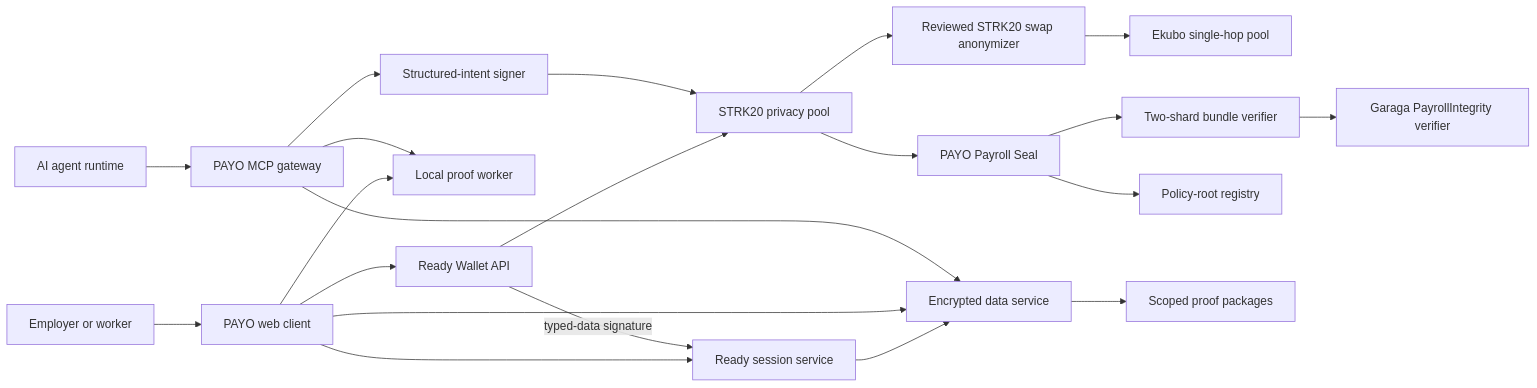
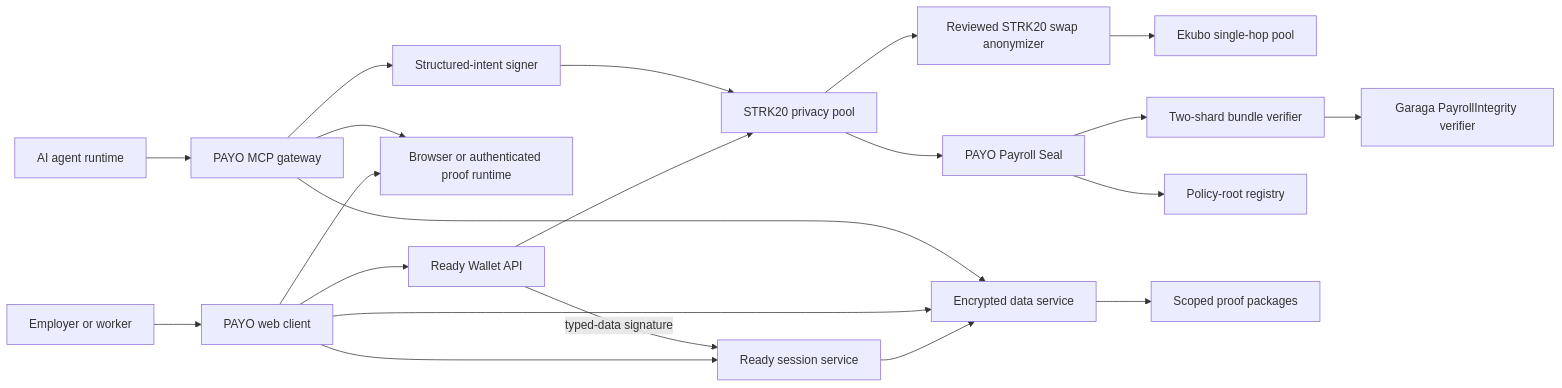
Before and after one commit to Tutulii/private-payroll: the second of 7 diagrams in architecture.md, drawn with Mermaid. The commit also changed other lines of this file and 11 other files, not shown here.

````diff
--- a/architecture.md
+++ b/architecture.md
@@ -16,23 +77,23 @@
 ```mermaid
 flowchart LR
     Human[Employer or worker] --> Web[PAYO web client]
     Agent[AI agent runtime] --> MCP[PAYO MCP gateway]
     Web --> Ready[Ready Wallet API]
     Web --> Auth[Ready session service]
     Ready -->|typed-data signature| Auth
     Auth --> Vault[Encrypted data service]
     Web --> Vault[Encrypted data service]
     MCP --> Vault
-    Web --> Prover[Local proof worker]
+    Web --> Prover[Browser or authenticated proof runtime]
     MCP --> Prover
     MCP --> Signer[Structured-intent signer]
     Ready --> Pool[STRK20 privacy pool]
     Signer --> Pool
     Pool --> Seal[PAYO Payroll Seal]
     Pool --> Exit[Reviewed STRK20 swap anonymizer]
     Exit --> Ekubo[Ekubo single-hop pool]
     Seal --> Bundle[Two-shard bundle verifier]
     Bundle --> Verifier[Garaga PayrollIntegrity verifier]
     Seal --> Policies[Policy-root registry]
     Vault --> Export[Scoped proof packages]
 ```
````
